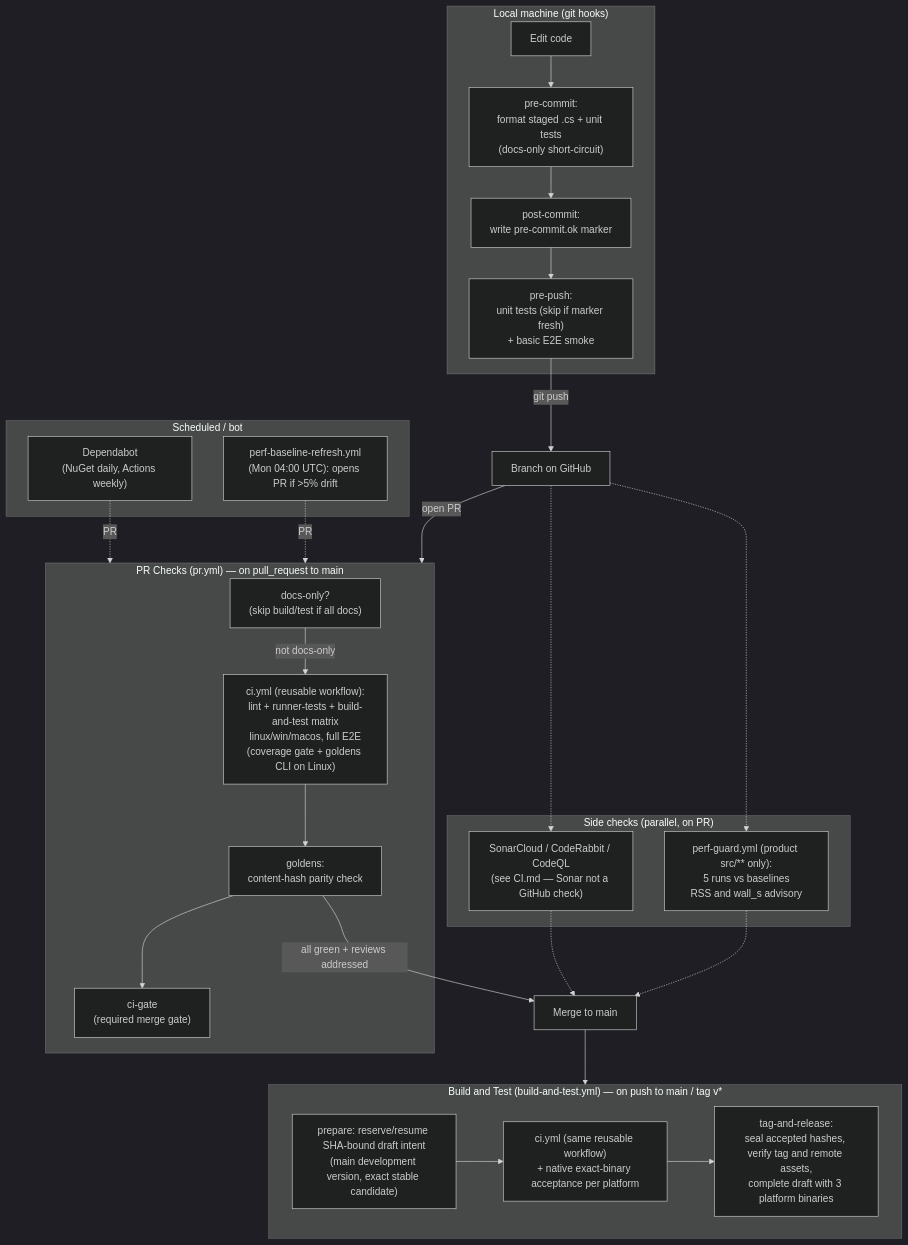
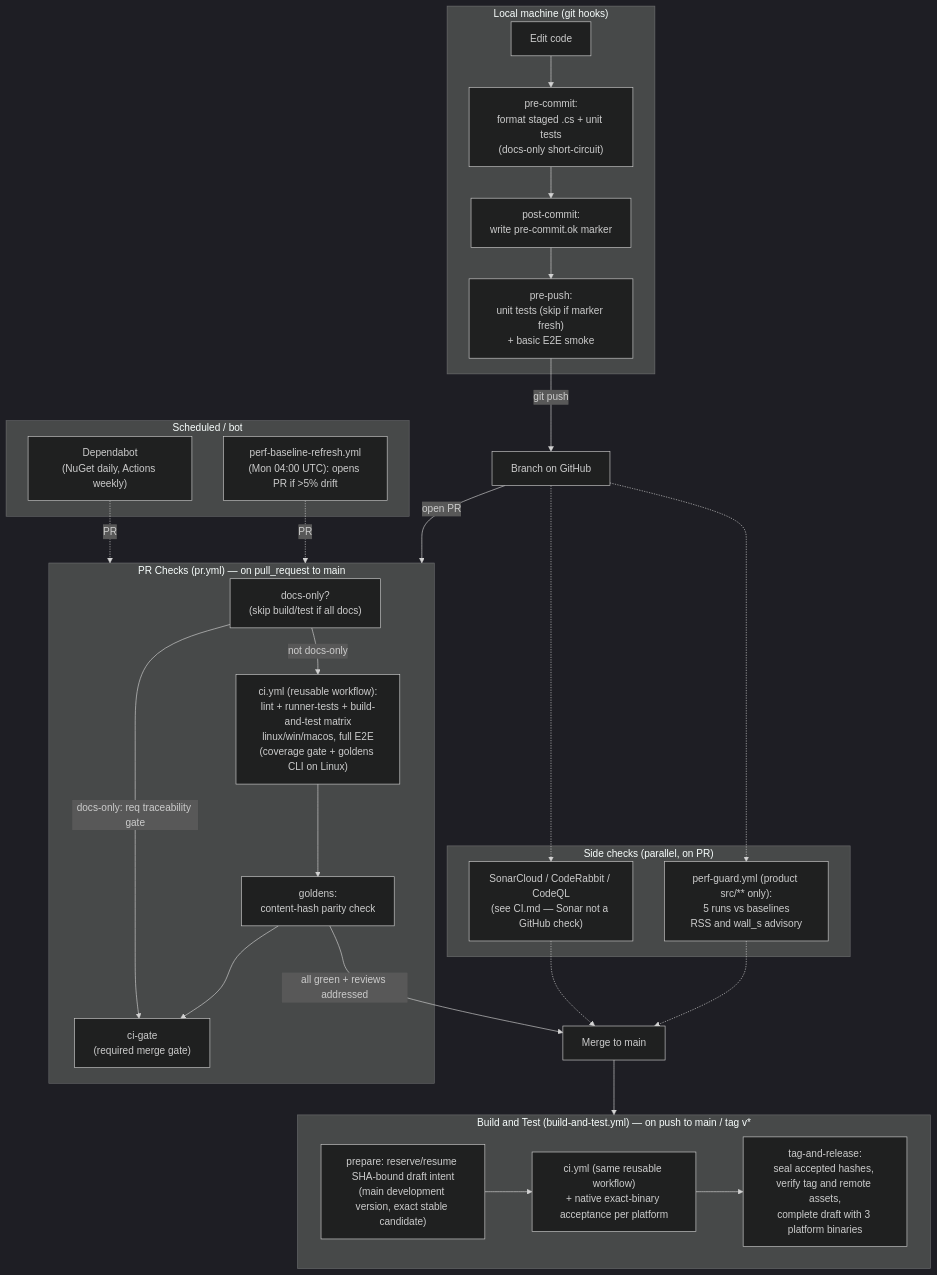
The diagram in docs/cicd.md (dwojtaszek/zipper), drawn with Mermaid (dark theme) before and after one commit. The commit also changed other lines of this file and 3 other files, not shown here.

Commit message:
ci: run deterministic requirement traceability gate on docs-only PRs (#1215) (#1229)

````diff
--- a/docs/cicd.md
+++ b/docs/cicd.md
@@ -9,48 +9,49 @@
 ```mermaid
 flowchart TD
     subgraph local["Local machine (git hooks)"]
         edit["Edit code"]
         precommit["pre-commit:<br/>format staged .cs + unit tests<br/>(docs-only short-circuit)"]
         postcommit["post-commit:<br/>write pre-commit.ok marker"]
         prepush["pre-push:<br/>unit tests (skip if marker fresh)<br/>+ basic E2E smoke"]
         edit --> precommit --> postcommit --> prepush
     end
 
     prepush -->|git push| remote["Branch on GitHub"]
     remote -->|open PR| prpipe
 
     subgraph prpipe["PR Checks (pr.yml) — on pull_request to main"]
         docsonly["docs-only?<br/>(skip build/test if all docs)"]
         shared["ci.yml (reusable workflow):<br/>lint + runner-tests + build-and-test matrix<br/>linux/win/macos, full E2E<br/>(coverage gate + goldens CLI on Linux)"]
         gold["goldens:<br/>content-hash parity check"]
         gate["ci-gate<br/>(required merge gate)"]
         docsonly -->|not docs-only| shared --> gold --> gate
+        docsonly -->|docs-only: req traceability gate| gate
     end
 
     subgraph side["Side checks (parallel, on PR)"]
         perf["perf-guard.yml (product src/** only):<br/>5 runs vs baselines<br/>RSS and wall_s advisory"]
         sonar["SonarCloud / CodeRabbit / CodeQL<br/>(see CI.md — Sonar not a GitHub check)"]
     end
     remote -.-> perf
     remote -.-> sonar
 
     gold -->|all green + reviews addressed| merge["Merge to main"]
     perf -.-> merge
     sonar -.-> merge
 
     merge --> btmain
 
     subgraph btmain["Build and Test (build-and-test.yml) — on push to main / tag v*"]
         prep["prepare: reserve/resume SHA-bound draft intent<br/>(main development version, exact stable candidate)"]
         sharedmain["ci.yml (same reusable workflow)<br/>+ native exact-binary acceptance per platform"]
         rel["tag-and-release:<br/>seal accepted hashes, verify tag and remote assets,<br/>complete draft with 3 platform binaries"]
         prep --> sharedmain --> rel
     end
 
     subgraph sched["Scheduled / bot"]
         baseline["perf-baseline-refresh.yml<br/>(Mon 04:00 UTC): opens PR if >5% drift"]
         dependabot["Dependabot<br/>(NuGet daily, Actions weekly)"]
     end
     baseline -.->|PR| prpipe
     dependabot -.->|PR| prpipe
 ```
````
